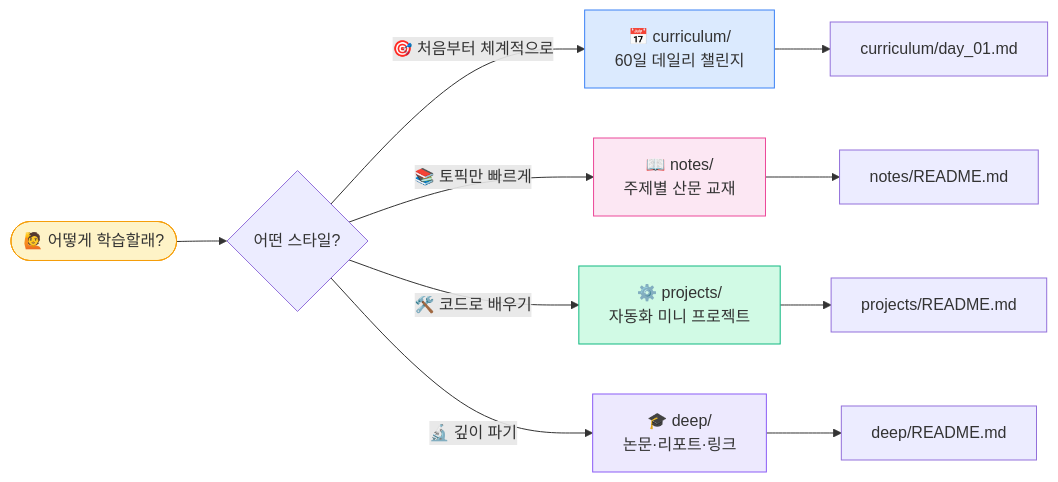
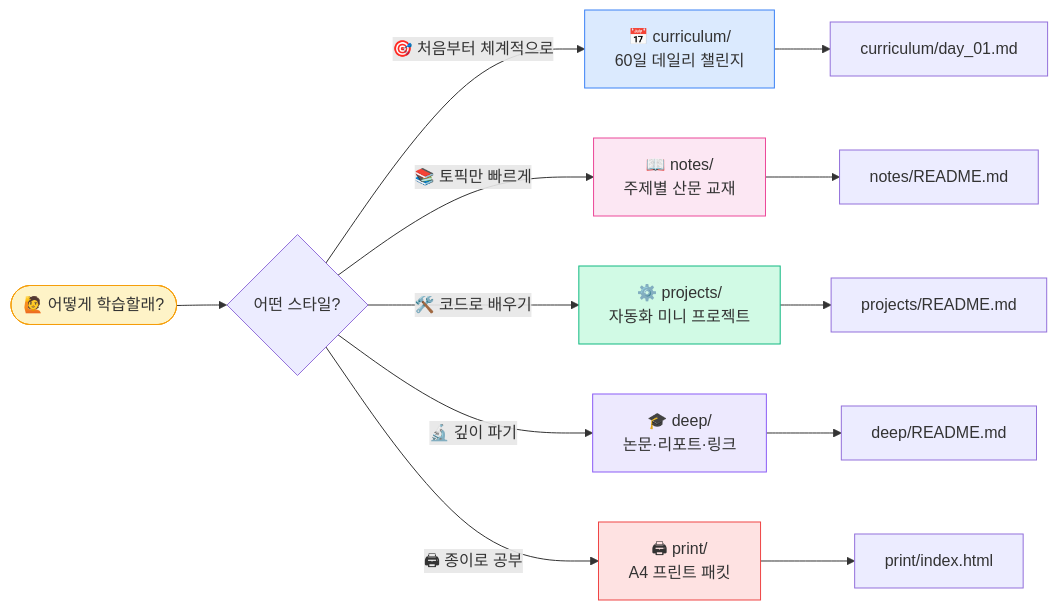
The first of 2 diagrams in README.md (lala-david/aml-notes), drawn with Mermaid before and after one commit. The commit also changed other lines of this file and 64 other files, not shown here.

````diff
--- a/README.md
+++ b/README.md
@@ -27,19 +29,22 @@
 ```mermaid
 flowchart LR
     Start([🙋 어떻게 학습할래?]) --> Q{어떤 스타일?}
     Q -->|🎯 처음부터 체계적으로| A["📅 curriculum/<br/>60일 데일리 챌린지"]
     Q -->|📚 토픽만 빠르게| B["📖 notes/<br/>주제별 산문 교재"]
     Q -->|🛠️ 코드로 배우기| C["⚙️ projects/<br/>자동화 미니 프로젝트"]
     Q -->|🔬 깊이 파기| D["🎓 deep/<br/>논문·리포트·링크"]
+    Q -->|🖨 종이로 공부| E["🖨 print/<br/>A4 프린트 패킷"]
 
     A --> A1[curriculum/day_01.md]
     B --> B1[notes/README.md]
     C --> C1[projects/README.md]
     D --> D1[deep/README.md]
+    E --> E1[print/index.html]
 
     style Start fill:#fef3c7,stroke:#f59e0b
     style A fill:#dbeafe,stroke:#3b82f6
     style B fill:#fce7f3,stroke:#ec4899
     style C fill:#d1fae5,stroke:#10b981
     style D fill:#ede9fe,stroke:#8b5cf6
+    style E fill:#fee2e2,stroke:#ef4444
 ```
````
